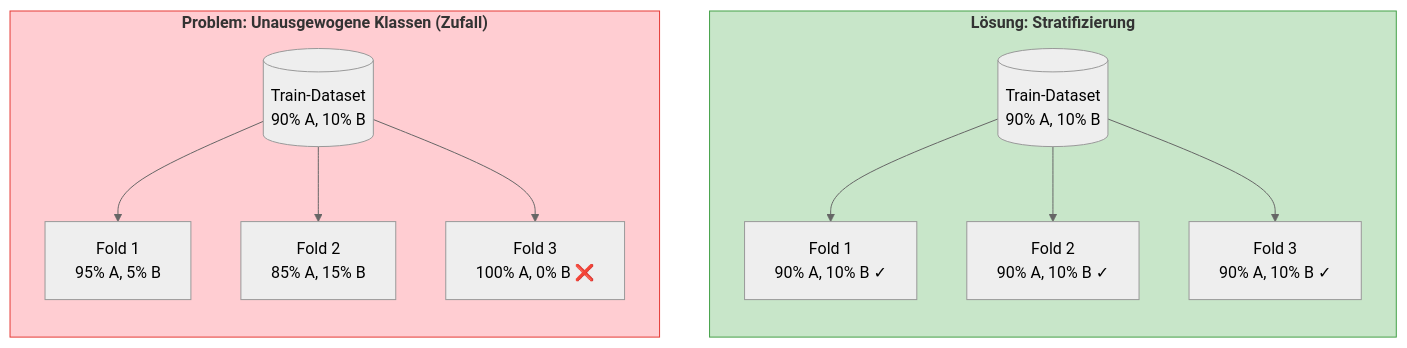
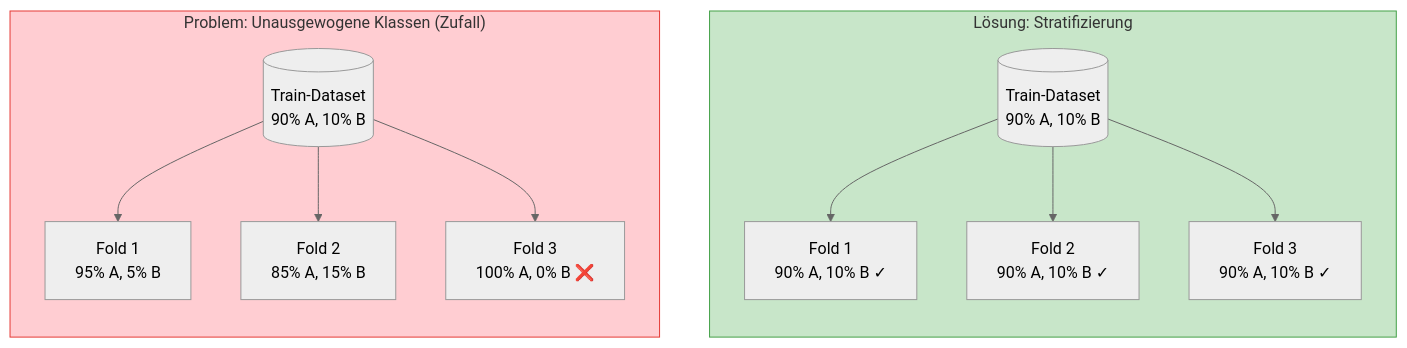
One commit to ralf-42/ML_Intro changed the fourth of 9 diagrams in docs/concepts/evaluate/cross_validation.md. Above: the diagram before and after it, drawn with Mermaid (neutral theme). The commit also changed other lines of this file and 6 other files, not shown here.

````diff
--- a/docs/concepts/evaluate/cross_validation.md
+++ b/docs/concepts/evaluate/cross_validation.md
@@ -228,23 +228,23 @@
 ```mermaid
 flowchart LR
 
-subgraph problem["<b>Problem: Unausgewogene Klassen (Zufall)</b>"]
+subgraph problem["Problem: Unausgewogene Klassen (Zufall)"]
     D1[("Train-Dataset<br/>90% A, 10% B")]
     D1 --> F1["Fold 1<br/>95% A, 5% B"]
     D1 --> F2["Fold 2<br/>85% A, 15% B"]
     D1 --> F3["Fold 3<br/>100% A, 0% B ❌"]
 end
 
-subgraph solution["<b>Lösung: Stratifizierung</b>"]
+subgraph solution["Lösung: Stratifizierung"]
     D2[("Train-Dataset<br/>90% A, 10% B")]
     D2 --> SF1["Fold 1<br/>90% A, 10% B ✓"]
     D2 --> SF2["Fold 2<br/>90% A, 10% B ✓"]
     D2 --> SF3["Fold 3<br/>90% A, 10% B ✓"]
 end
 
 %% Unsichtbare Verbindung für das Layout (nebeneinander)
 problem ~~~ solution
 
 style problem fill:#ffcdd2,stroke:#e53935
 style solution fill:#c8e6c9,stroke:#43a047
 ```
````
